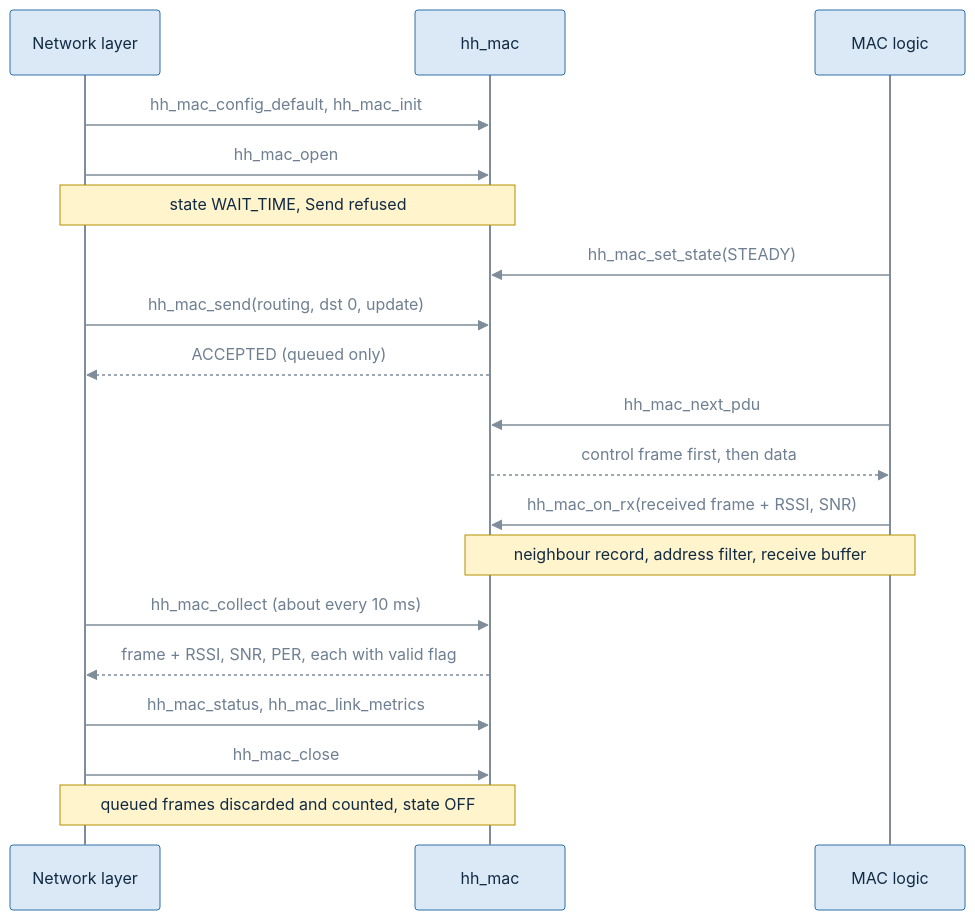
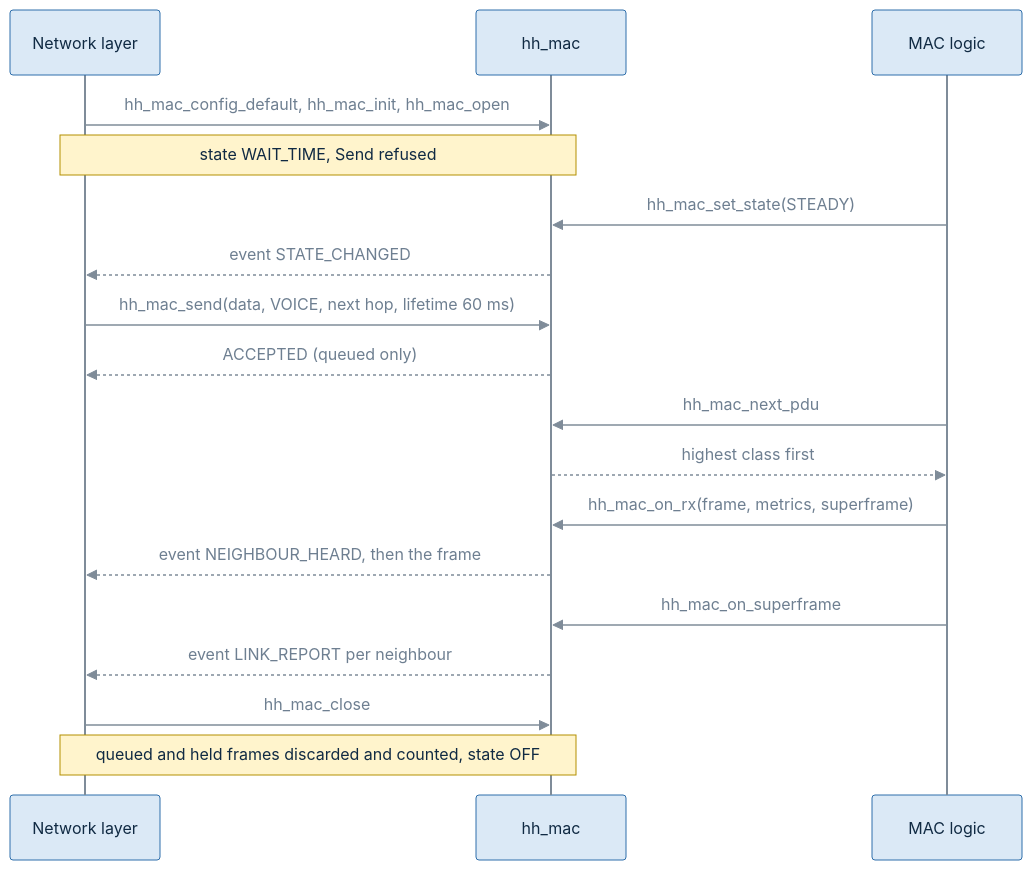
The second of 4 diagrams in docs/MAC-SERVICE.md (akhil-osl/hh-sdr-manet), drawn with Mermaid before and after one commit. The commit also changed other lines of this file and 5 other files, not shown here.

````diff
--- a/docs/MAC-SERVICE.md
+++ b/docs/MAC-SERVICE.md
@@ -162,22 +187,21 @@
 ```mermaid
 %%{init: {'theme':'base','themeVariables':{'primaryColor':'#dbe9f6','primaryTextColor':'#102a43','primaryBorderColor':'#2f6fab','secondaryColor':'#e3f0dc','tertiaryColor':'#f6efe0','lineColor':'#7f8c99','textColor':'#6e7f91','edgeLabelBackground':'#f3f6f9','clusterBkg':'#eef2f6','clusterBorder':'#7f8c99','noteBkgColor':'#fff4cc','noteTextColor':'#102a43','noteBorderColor':'#b38f00','actorBkg':'#dbe9f6','actorBorder':'#2f6fab','actorTextColor':'#102a43','actorLineColor':'#7f8c99','signalColor':'#7f8c99','signalTextColor':'#6e7f91','labelBoxBkgColor':'#dbe9f6','labelTextColor':'#102a43','stateLabelColor':'#102a43','transitionColor':'#7f8c99','transitionLabelColor':'#6e7f91'}}}%%
 sequenceDiagram
     participant N as Network layer
     participant M as hh_mac
     participant L as MAC logic
-    N->>M: hh_mac_config_default, hh_mac_init
-    N->>M: hh_mac_open
+    N->>M: hh_mac_config_default, hh_mac_init, hh_mac_open
     Note over N,M: state WAIT_TIME, Send refused
     L->>M: hh_mac_set_state(STEADY)
-    N->>M: hh_mac_send(routing, dst 0, update)
+    M-->>N: event STATE_CHANGED
+    N->>M: hh_mac_send(data, VOICE, next hop, lifetime 60 ms)
     M-->>N: ACCEPTED (queued only)
     L->>M: hh_mac_next_pdu
-    M-->>L: control frame first, then data
-    L->>M: hh_mac_on_rx(received frame + RSSI, SNR)
-    Note over M,L: neighbour record, address filter, receive buffer
-    N->>M: hh_mac_collect (about every 10 ms)
-    M-->>N: frame + RSSI, SNR, PER, each with valid flag
-    N->>M: hh_mac_status, hh_mac_link_metrics
+    M-->>L: highest class first
+    L->>M: hh_mac_on_rx(frame, metrics, superframe)
+    M-->>N: event NEIGHBOUR_HEARD, then the frame
+    L->>M: hh_mac_on_superframe
+    M-->>N: event LINK_REPORT per neighbour
     N->>M: hh_mac_close
-    Note over N,M: queued frames discarded and counted, state OFF
+    Note over N,M: queued and held frames discarded and counted, state OFF
 ```
````
